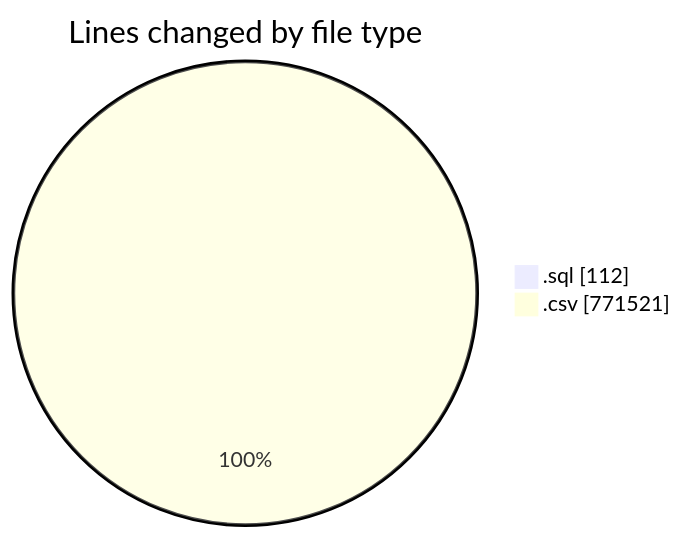
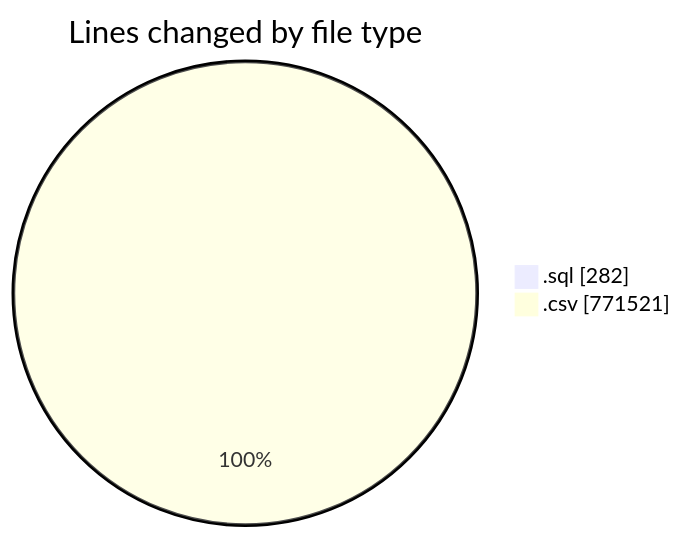
One commit to ricardozamudiocil/code-tracking changed the first of 2 diagrams in 2026-06-09/cilapp/README.md. Above: the diagram before and after it, drawn with Mermaid. The commit also changed other lines of this file and 1 other file, not shown here.

````diff
--- a/2026-06-09/cilapp/README.md
+++ b/2026-06-09/cilapp/README.md
@@ -25,6 +25,6 @@
 ```mermaid
 pie showData
 title Lines changed by file type
-".sql" : 112
+".sql" : 282
 ".csv" : 771521
 ```
````
